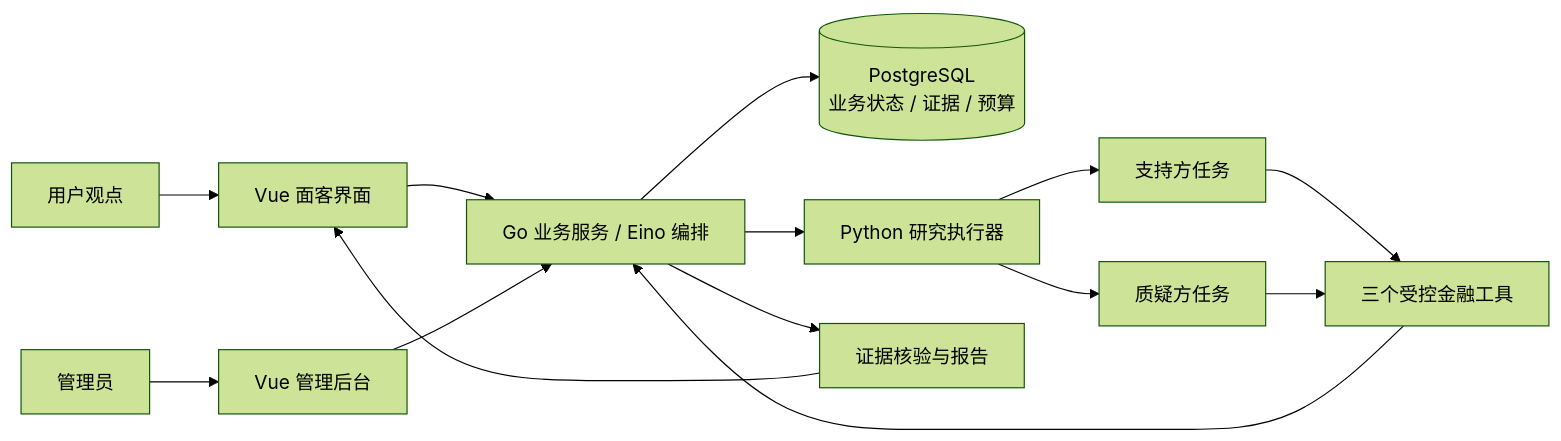
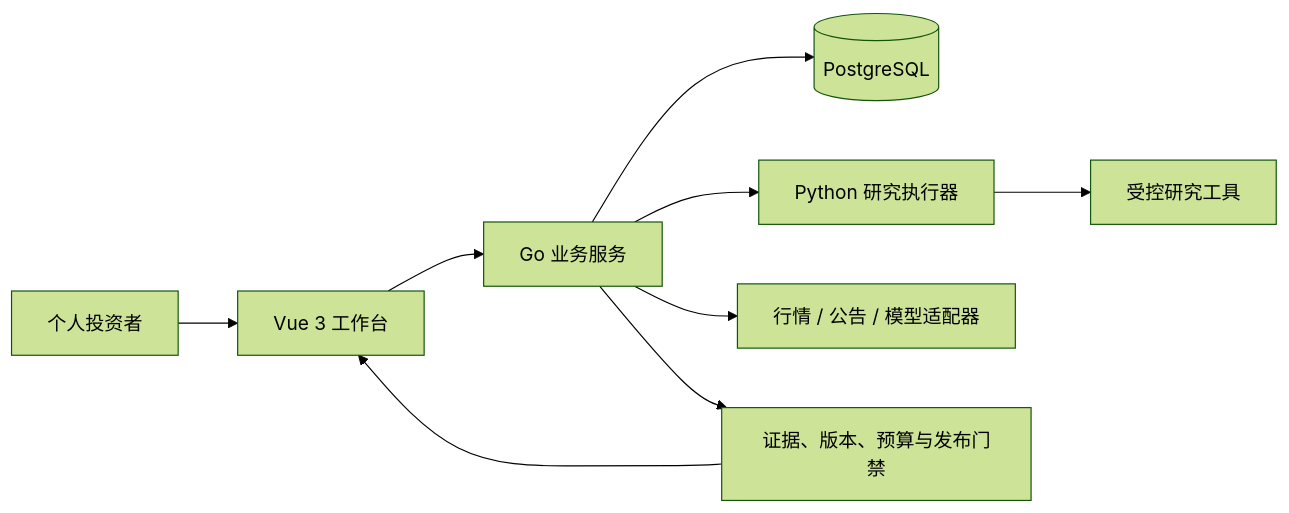
One commit to AY-kkk/zhigu changed the diagram in README.md. Above: the diagram before and after it, drawn with Mermaid (forest theme). The commit also changed other lines of this file, not shown here.

````diff
--- a/README.md
+++ b/README.md
@@ -111,16 +74,11 @@
 ```mermaid
 flowchart LR
-    U[用户观点] --> V[Vue 面客界面]
-    A[管理员] --> M[Vue 管理后台]
-    V --> G[Go 业务服务 / Eino 编排]
-    M --> G
-    G --> DB[(PostgreSQL\n业务状态 / 证据 / 预算)]
+    U[个人投资者] --> V[Vue 3 工作台]
+    V --> G[Go 业务服务]
+    G --> DB[(PostgreSQL)]
     G --> P[Python 研究执行器]
-    P --> S[支持方任务]
-    P --> C[质疑方任务]
-    S --> T[三个受控金融工具]
-    C --> T
-    T --> G
-    G --> R[证据核验与报告]
+    G --> M[行情 / 公告 / 模型适配器]
+    P --> E[受控研究工具]
+    G --> R[证据、版本、预算与发布门禁]
     R --> V
 ```
````
